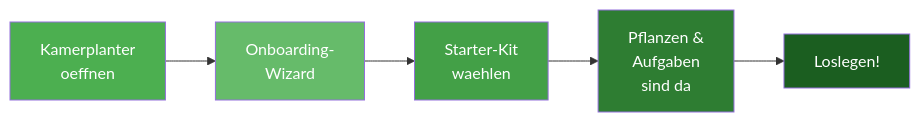
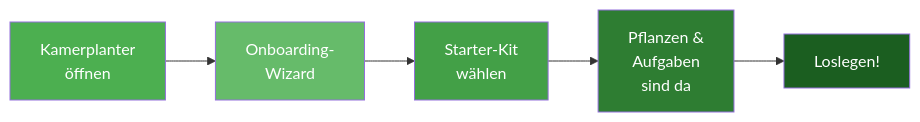
The diagram in docs/de/getting-started/index.md (nolte/kamerplanter), drawn with Mermaid before and after one commit. The commit also changed other lines of this file and 77 other files, not shown here.

````diff
--- a/docs/de/getting-started/index.md
+++ b/docs/de/getting-started/index.md
@@ -31,13 +31,13 @@
 ```mermaid
 graph LR
-    A["Kamerplanter<br>oeffnen"] --> B["Onboarding-<br>Wizard"]
-    B --> C["Starter-Kit<br>waehlen"]
+    A["Kamerplanter<br>öffnen"] --> B["Onboarding-<br>Wizard"]
+    B --> C["Starter-Kit<br>wählen"]
     C --> D["Pflanzen &<br>Aufgaben<br>sind da"]
     D --> E["Loslegen!"]
 
     style A fill:#4CAF50,color:#fff
     style B fill:#66BB6A,color:#fff
     style C fill:#43A047,color:#fff
     style D fill:#2E7D32,color:#fff
     style E fill:#1B5E20,color:#fff
 ```
````
